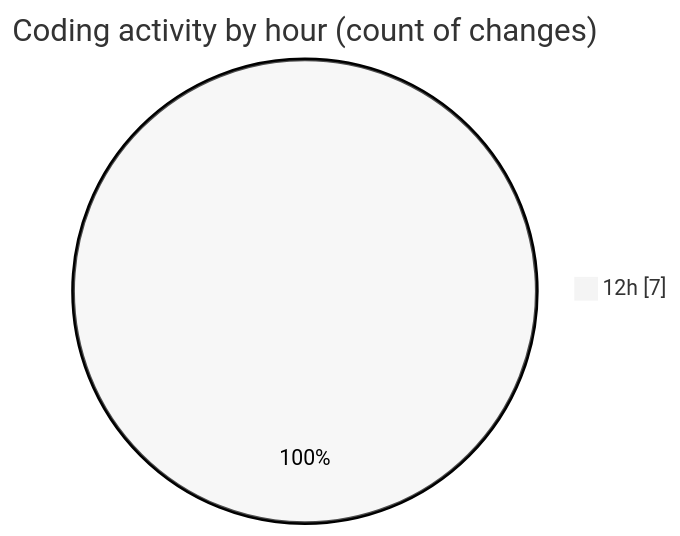
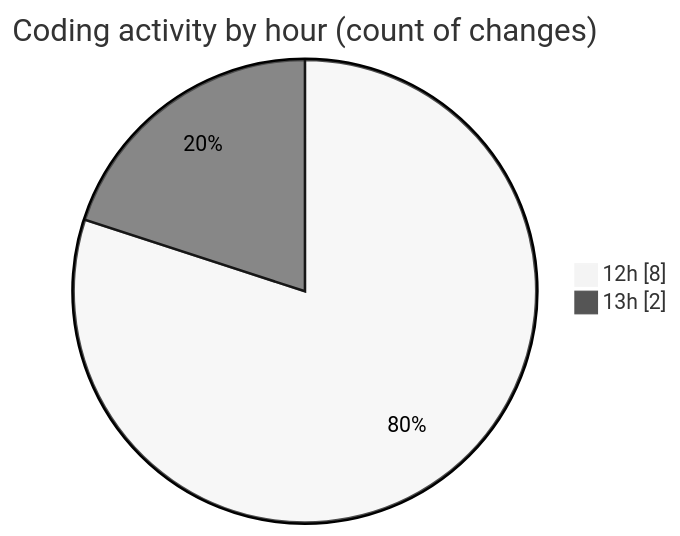
One commit to ricardozamudiocil/code-tracking changed the second of 2 diagrams in 2026-06-09/cilreports__workspace_/README.md. Above: the diagram before and after it, drawn with Mermaid (neutral theme). The commit also changed other lines of this file and 1 other file, not shown here.

````diff
--- a/2026-06-09/cilreports__workspace_/README.md
+++ b/2026-06-09/cilreports__workspace_/README.md
@@ -33,5 +36,6 @@
 ```mermaid
 pie showData
 title Coding activity by hour (count of changes)
-"12h" : 7
+"12h" : 8
+"13h" : 2
 ```
````
